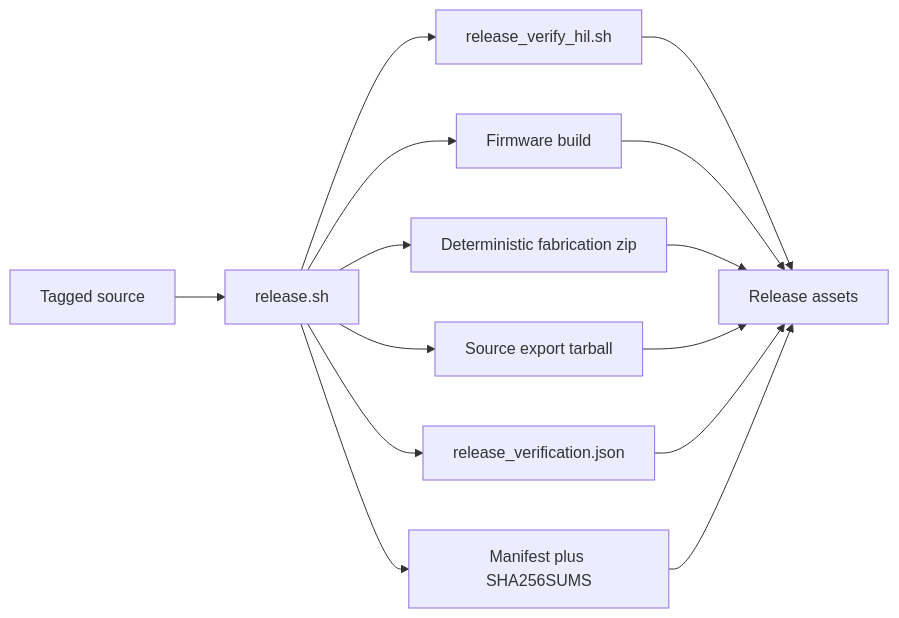
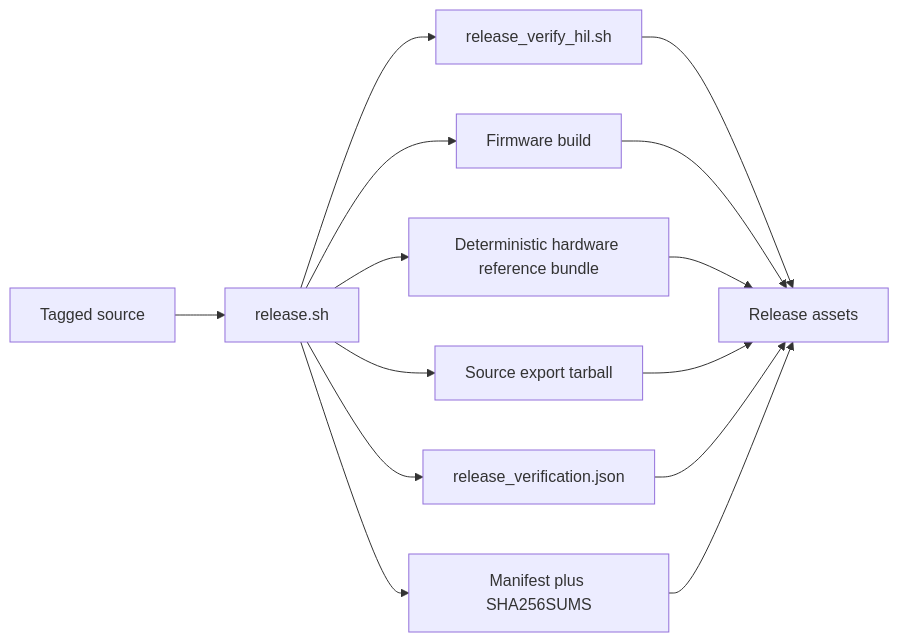
One commit to bseverns/MOARkNOBS-42 changed the diagram in docs/release/Reproducibility.md. Above: the diagram before and after it, drawn with Mermaid. The commit also changed 9 other files, not shown here.

````diff
--- a/docs/release/Reproducibility.md
+++ b/docs/release/Reproducibility.md
@@ -19,16 +19,16 @@
 ```mermaid
 flowchart LR
   A[Tagged source] --> B[release.sh]
   B --> C[release_verify_hil.sh]
   B --> D[Firmware build]
-  B --> E[Deterministic fabrication zip]
+  B --> E[Deterministic hardware reference bundle]
   B --> F[Source export tarball]
   B --> G[release_verification.json]
   B --> H[Manifest plus SHA256SUMS]
   C --> I[Release assets]
   D --> I
   E --> I
   F --> I
   G --> I
   H --> I
 ```
````
